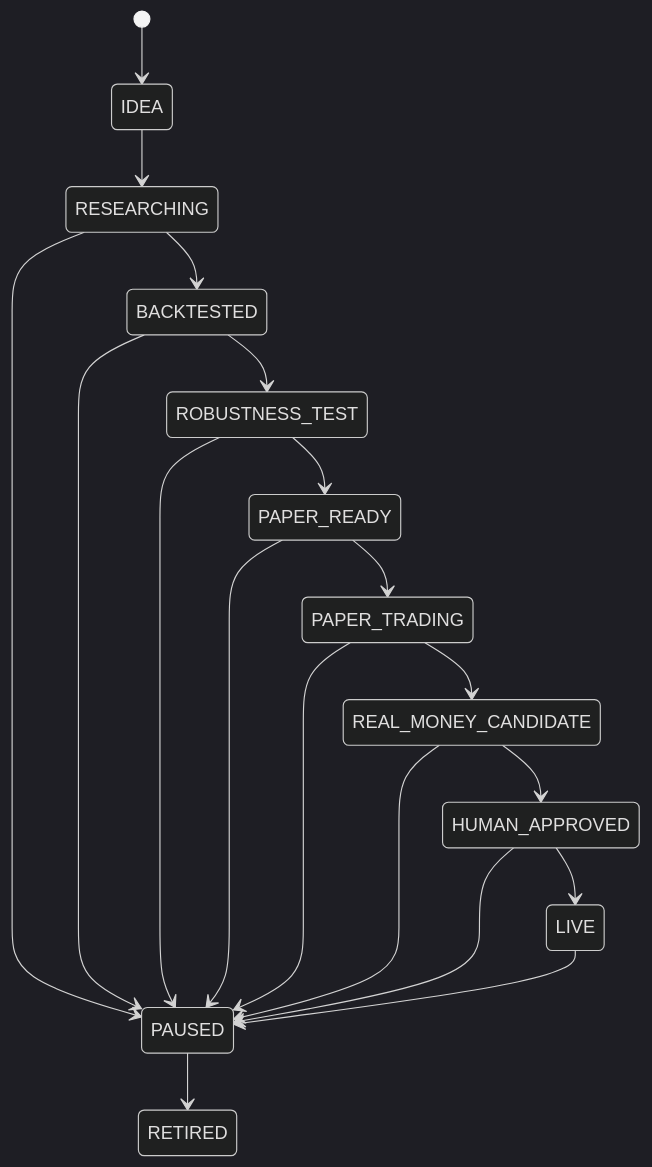
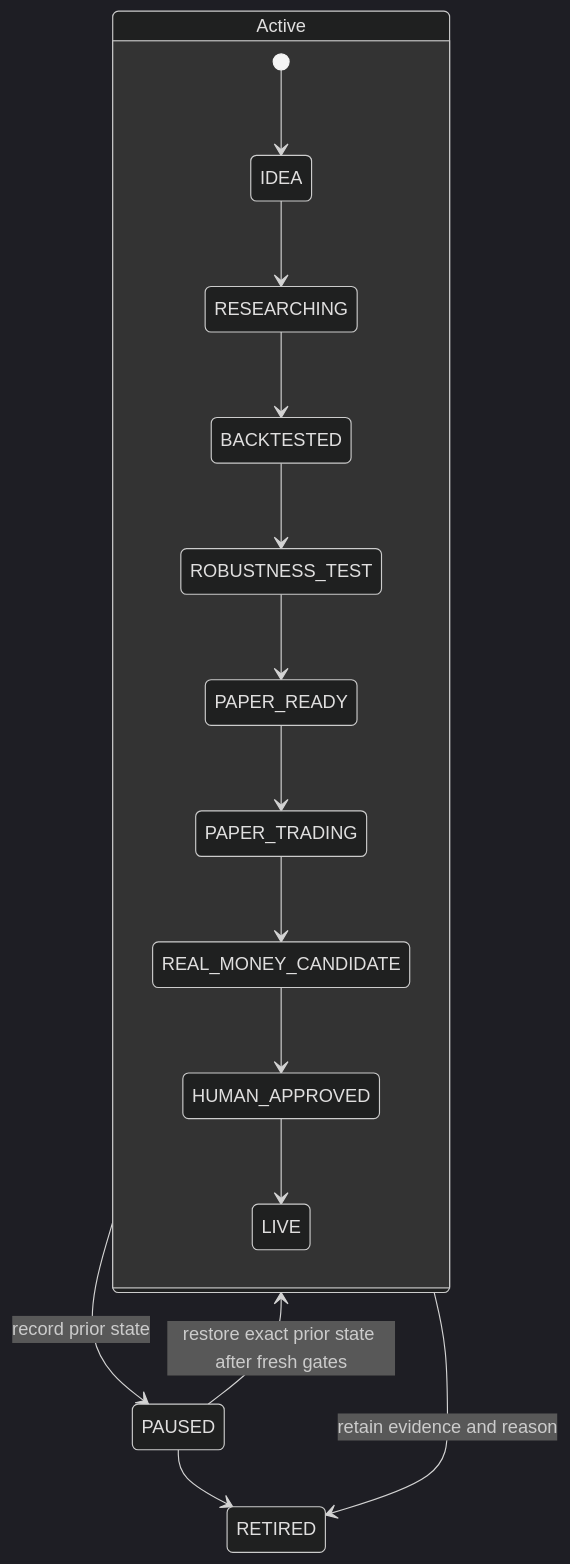
Before and after one commit to leerazor/jusik: the third of 3 diagrams in docs/autonomous-trading-lab.md, drawn with Mermaid (dark theme). The commit also changed other lines of this file and 3 other files, not shown here.

````diff
--- a/docs/autonomous-trading-lab.md
+++ b/docs/autonomous-trading-lab.md
@@ -279,21 +279,18 @@
 ```mermaid
 stateDiagram-v2
-  [*] --> IDEA
-  IDEA --> RESEARCHING
-  RESEARCHING --> BACKTESTED
-  BACKTESTED --> ROBUSTNESS_TEST
-  ROBUSTNESS_TEST --> PAPER_READY
-  PAPER_READY --> PAPER_TRADING
-  PAPER_TRADING --> REAL_MONEY_CANDIDATE
-  REAL_MONEY_CANDIDATE --> HUMAN_APPROVED
-  HUMAN_APPROVED --> LIVE
-  RESEARCHING --> PAUSED
-  BACKTESTED --> PAUSED
-  ROBUSTNESS_TEST --> PAUSED
-  PAPER_READY --> PAUSED
-  PAPER_TRADING --> PAUSED
-  REAL_MONEY_CANDIDATE --> PAUSED
-  HUMAN_APPROVED --> PAUSED
-  LIVE --> PAUSED
+  state Active {
+    [*] --> IDEA
+    IDEA --> RESEARCHING
+    RESEARCHING --> BACKTESTED
+    BACKTESTED --> ROBUSTNESS_TEST
+    ROBUSTNESS_TEST --> PAPER_READY
+    PAPER_READY --> PAPER_TRADING
+    PAPER_TRADING --> REAL_MONEY_CANDIDATE
+    REAL_MONEY_CANDIDATE --> HUMAN_APPROVED
+    HUMAN_APPROVED --> LIVE
+  }
+  Active --> PAUSED: record prior state
+  PAUSED --> Active: restore exact prior state after fresh gates
+  Active --> RETIRED: retain evidence and reason
   PAUSED --> RETIRED
 ```
````
